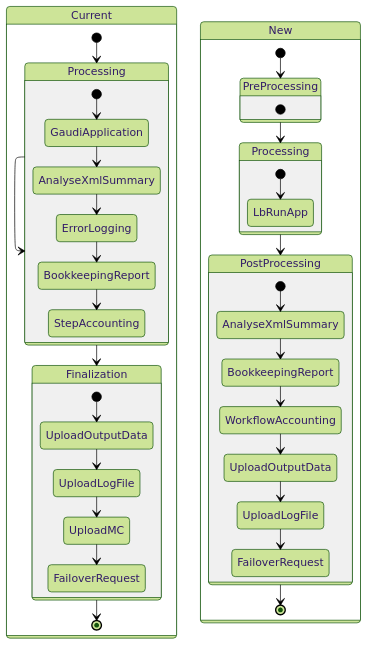
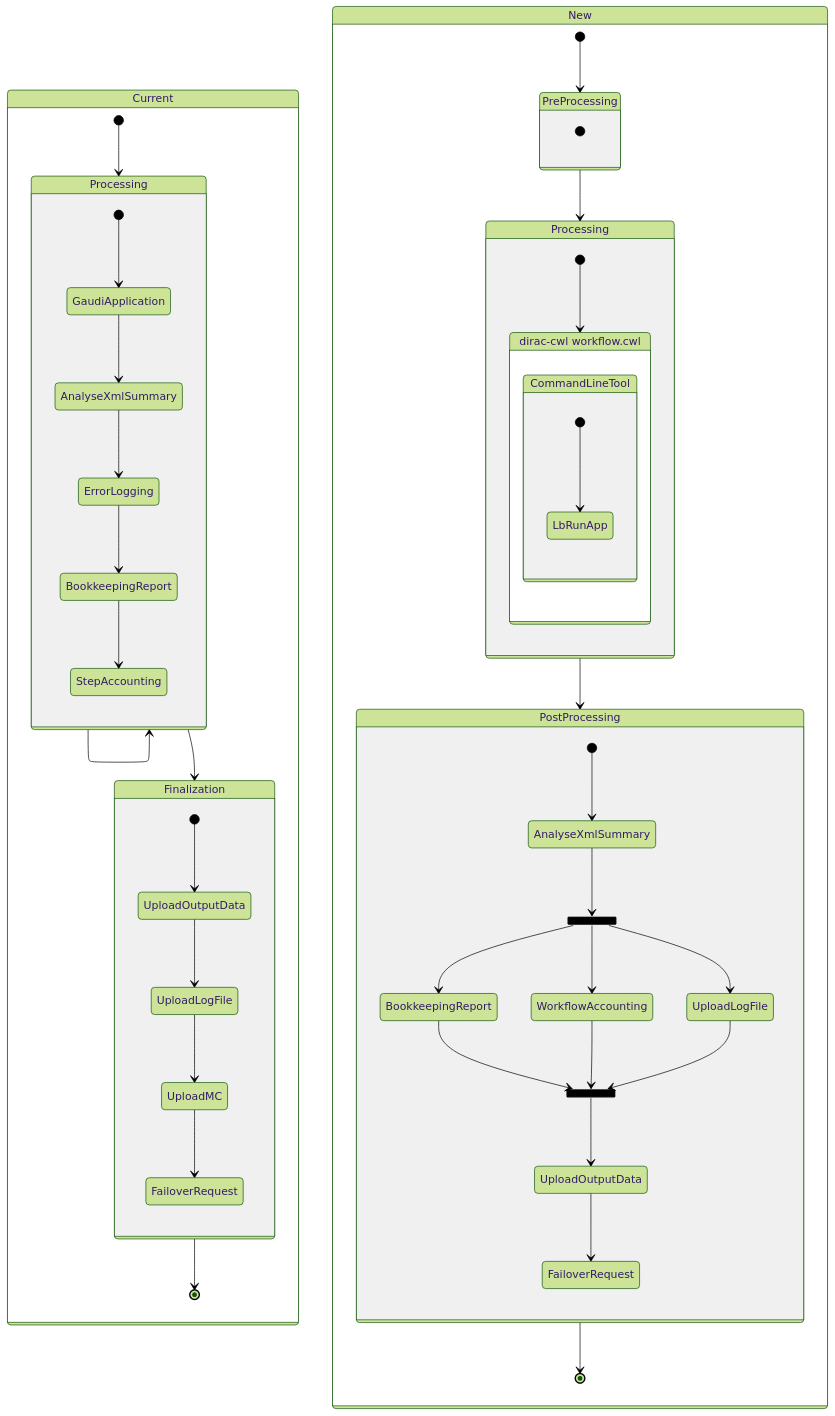
Before and after one commit to DIRACGrid/dirac-cwl: the third of 5 diagrams in docs/design/lhcb-workflows.md, drawn with Mermaid (forest theme). The commit also changed other lines of this file, not shown here.

````diff
--- a/docs/design/lhcb-workflows.md
+++ b/docs/design/lhcb-workflows.md
@@ -126,9 +139,4 @@
 ```mermaid
----
-config:
-    layout: elk
-    nodeSpacing: 10
----
 stateDiagram
     direction TB
 
@@ -178,12 +186,24 @@
         }
 
         state Processing_New {
-            LbRunApp_New: LbRunApp
+            Execution_New: dirac-cwl workflow.cwl
 
-            [*] --> LbRunApp_New
+            state Execution_New {
+                CLT_New: CommandLineTool
+
+                state CLT_New {
+                    LbRunApp_New: LbRunApp
+                    [*] --> LbRunApp_New
+                }
+            }
+
+            [*] --> Execution_New
         }
 
         state PostProcessing_New {
+            state fork_state <<fork>>
+            state join_state <<join>>
+
             AnalyseXmlSummary_New: AnalyseXmlSummary
             UploadLogFile_New: UploadLogFile
             UploadOutputData_New: UploadOutputData
@@ -192,11 +212,15 @@
             WorkflowAccounting_New: WorkflowAccounting
 
             [*] --> AnalyseXmlSummary_New
-            AnalyseXmlSummary_New --> BookkeepingReport_New
-            BookkeepingReport_New --> WorkflowAccounting_New
-            WorkflowAccounting_New --> UploadOutputData_New
-            UploadOutputData_New --> UploadLogFile_New
-            UploadLogFile_New --> FailoverRequest_New
+            AnalyseXmlSummary_New --> fork_state
+            fork_state --> BookkeepingReport_New
+            fork_state --> WorkflowAccounting_New
+            fork_state --> UploadLogFile_New
+            join_state --> UploadOutputData_New
+            BookkeepingReport_New --> join_state
+            WorkflowAccounting_New --> join_state
+            UploadLogFile_New --> join_state
+            UploadOutputData_New --> FailoverRequest_New
         }
 
         [*] --> PreProcessing_New
````
